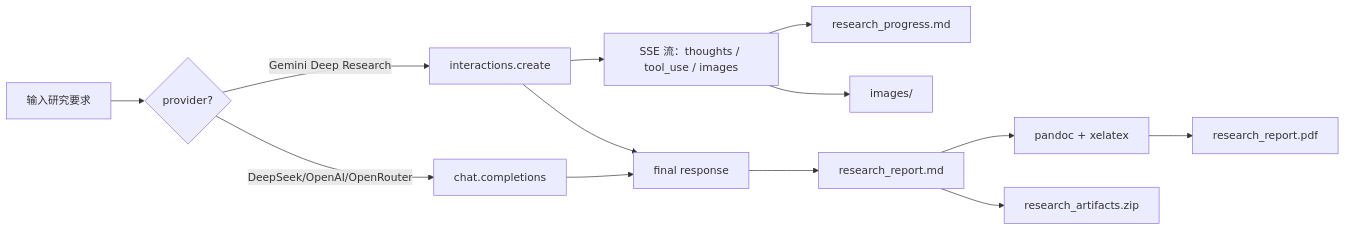
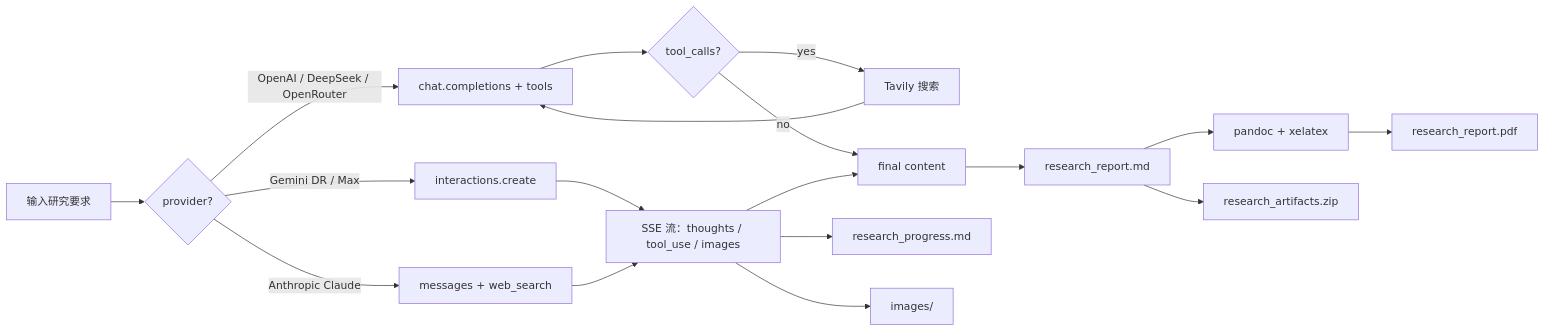
Before and after one commit to shaowen-ye/deep-research-assistant: the first of 2 diagrams in README.md, drawn with Mermaid. The commit also changed other lines of this file and 8 other files, not shown here.

First line of the commit message:
Add web search to all providers + Anthropic Claude (Opus 4.7)

````diff
--- a/README.md
+++ b/README.md
@@ -143,15 +157,20 @@
 ```mermaid
 flowchart LR
     A[输入研究要求] --> B{provider?}
-    B -->|Gemini Deep Research| C[interactions.create]
-    B -->|DeepSeek/OpenAI/OpenRouter| D[chat.completions]
-    C --> E[SSE 流：thoughts / tool_use / images]
-    E --> F[research_progress.md]
-    E --> G[images/]
-    C --> H[final response]
-    D --> H
-    H --> I[research_report.md]
-    I --> J[pandoc + xelatex]
-    J --> K[research_report.pdf]
-    I --> L[research_artifacts.zip]
+    B -->|Gemini DR / Max| C[interactions.create]
+    B -->|Anthropic Claude| D[messages + web_search]
+    B -->|OpenAI / DeepSeek / OpenRouter| E[chat.completions + tools]
+    C --> F[SSE 流：thoughts / tool_use / images]
+    D --> F
+    E --> G{tool_calls?}
+    G -->|yes| H[Tavily 搜索]
+    H --> E
+    G -->|no| I[final content]
+    F --> J[research_progress.md]
+    F --> K[images/]
+    F --> I
+    I --> L[research_report.md]
+    L --> M[pandoc + xelatex]
+    M --> N[research_report.pdf]
+    L --> O[research_artifacts.zip]
 ```
````
